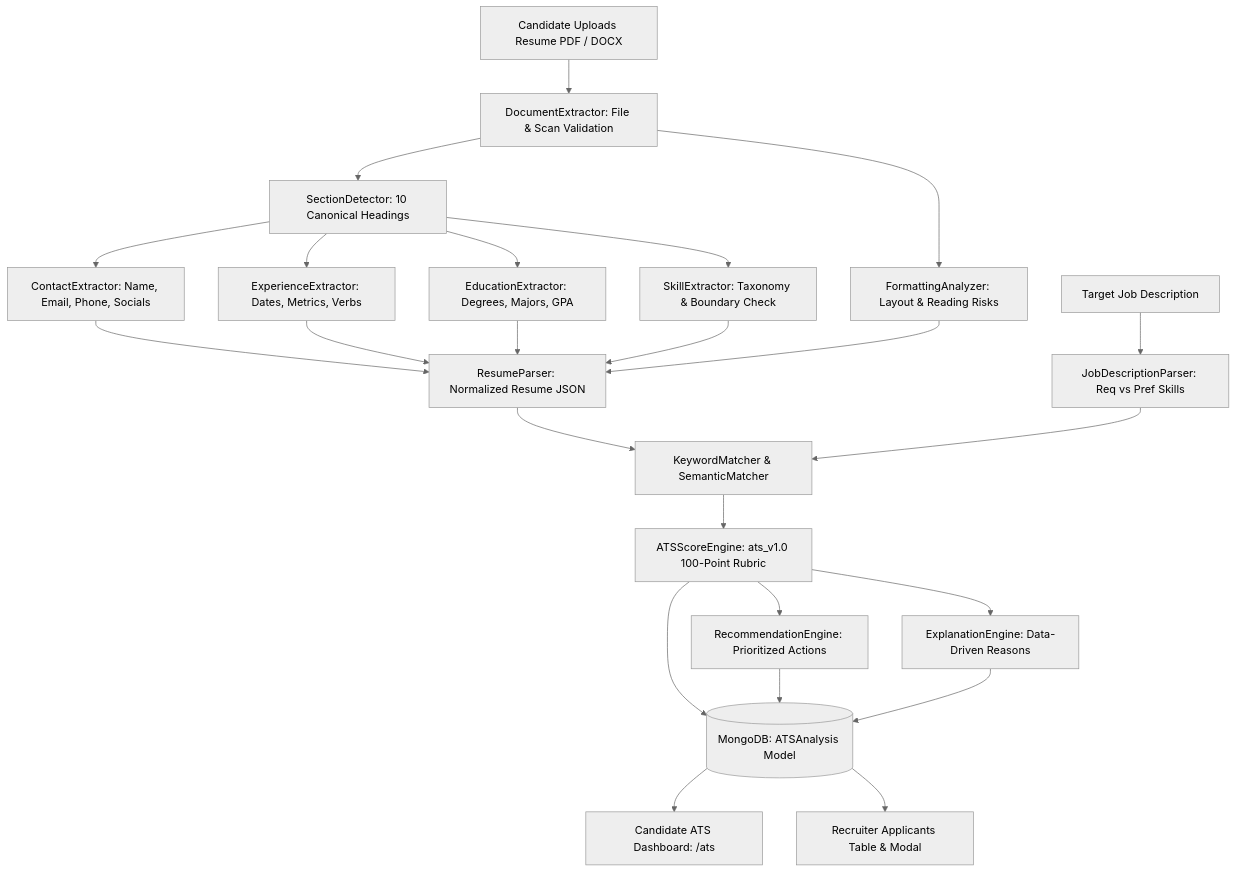
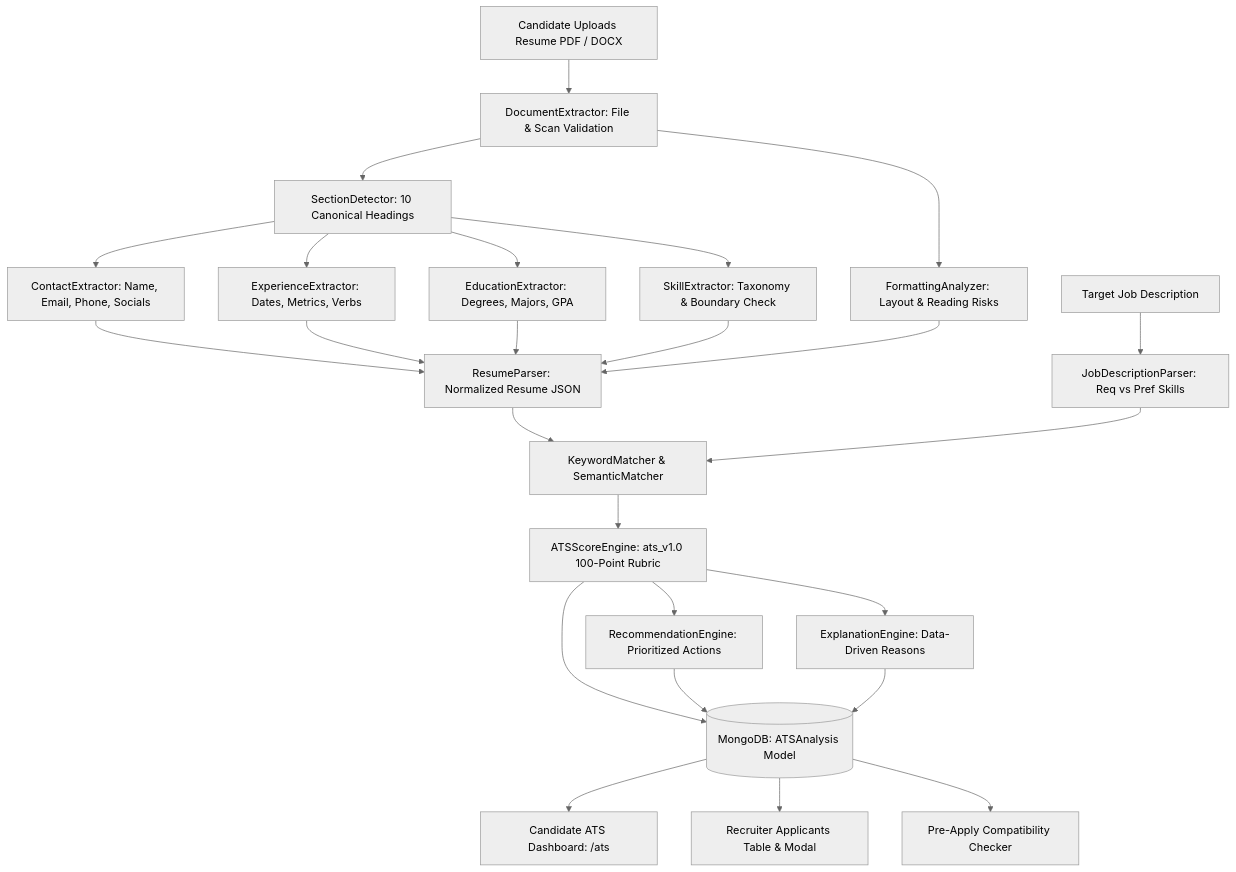
One commit to Jashan-randhawa/FOREWORK changed the diagram in wiki/ATS-Predictor.md. Above: the diagram before and after it, drawn with Mermaid (neutral theme). The commit also changed other lines of this file and 10 other files, not shown here.

````diff
--- a/wiki/ATS-Predictor.md
+++ b/wiki/ATS-Predictor.md
@@ -21,23 +21,24 @@
 ```mermaid
 flowchart TD
     A[Candidate Uploads Resume PDF / DOCX] --> B[DocumentExtractor: File & Scan Validation]
     B --> C[SectionDetector: 10 Canonical Headings]
     C --> D[ContactExtractor: Name, Email, Phone, Socials]
     C --> E[ExperienceExtractor: Dates, Metrics, Verbs]
     C --> F[EducationExtractor: Degrees, Majors, GPA]
     C --> G[SkillExtractor: Taxonomy & Boundary Check]
     B --> H[FormattingAnalyzer: Layout & Reading Risks]
     
     D & E & F & G & H --> I[ResumeParser: Normalized Resume JSON]
     
     J[Target Job Description] --> K[JobDescriptionParser: Req vs Pref Skills]
     
     I & K --> L[KeywordMatcher & SemanticMatcher]
     L --> M[ATSScoreEngine: ats_v1.0 100-Point Rubric]
     M --> N[RecommendationEngine: Prioritized Actions]
     M --> O[ExplanationEngine: Data-Driven Reasons]
     
     M & N & O --> P[(MongoDB: ATSAnalysis Model)]
     P --> Q[Candidate ATS Dashboard: /ats]
     P --> R[Recruiter Applicants Table & Modal]
+    P --> S[Pre-Apply Compatibility Checker]
 ```
````
